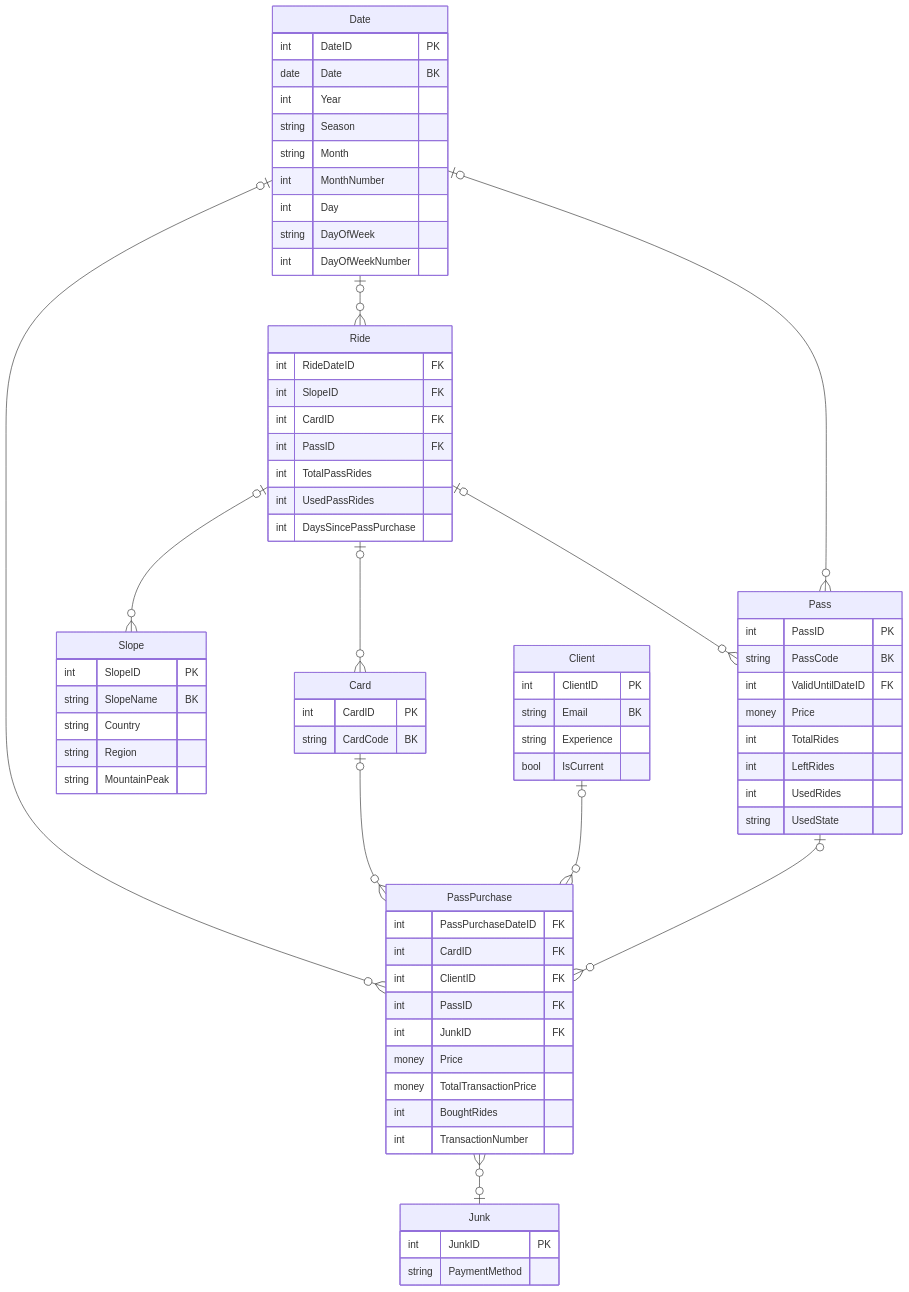
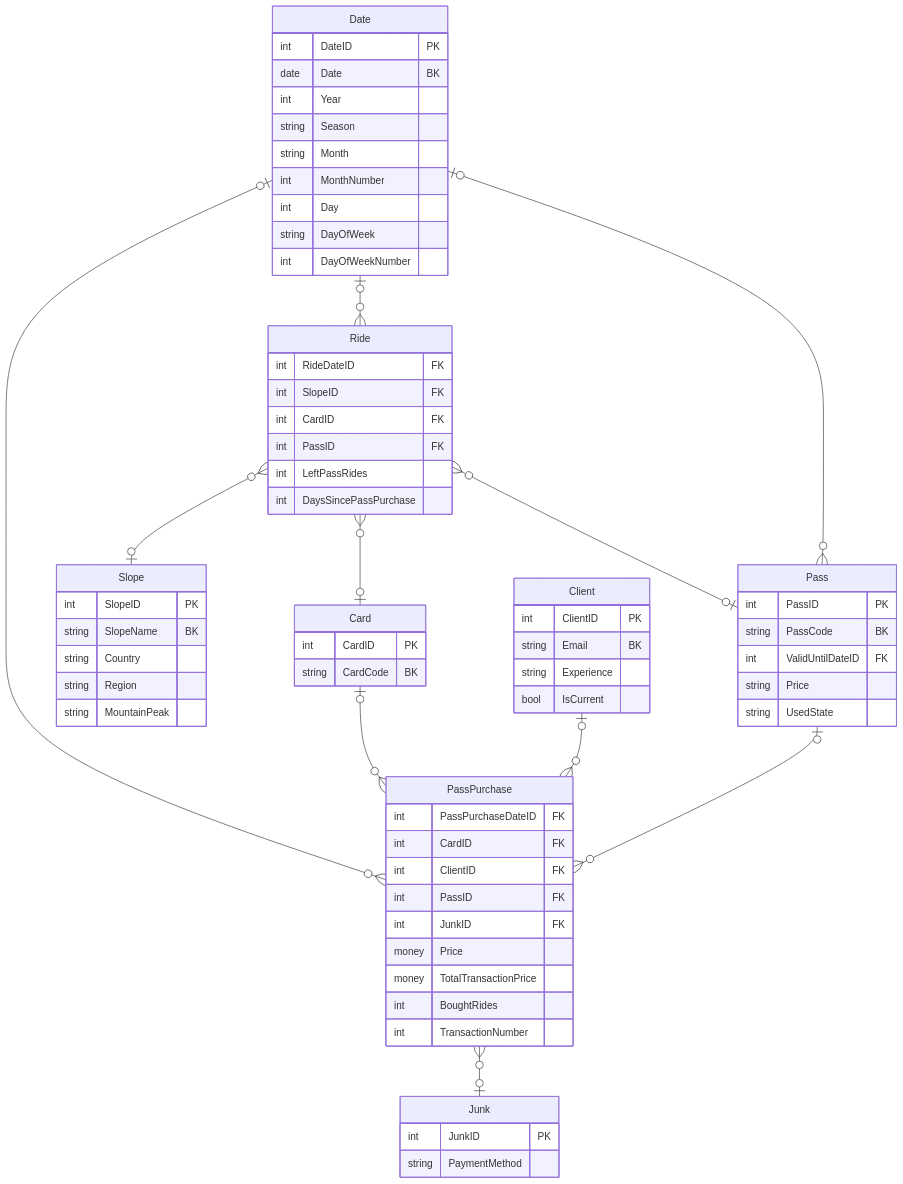
Before and after one commit to Nasus20202/hurtownie-danych: the diagram in docs/data-warehouse-design/schema.mmd, drawn with Mermaid. The commit also changed 4 other files, not shown here.

```diff
--- a/docs/data-warehouse-design/schema.mmd
+++ b/docs/data-warehouse-design/schema.mmd
@@ -1,81 +1,77 @@
 erDiagram
     Date |o--o{ Ride : ""
-    Ride |o--o{ Pass : ""
-    Ride |o--o{ Slope : ""
-    Ride |o--o{ Card : ""
+    Ride }o--o| Pass : ""
+    Ride }o--o| Slope : ""
+    Ride }o--o| Card : ""
     Date |o--o{ PassPurchase : ""
     Card |o--o{ PassPurchase : ""
     Client |o--o{ PassPurchase : ""
     Date |o--o{ Pass : ""
     Pass |o--o{ PassPurchase : ""
     PassPurchase }o--o| Junk : ""
 
 Client {
     int ClientID "PK"
     string Email "BK"
     string Experience
     bool IsCurrent
 }
 
 Card {
     int CardID "PK"
     string CardCode "BK"
 }
 
 Date {
     int DateID "PK"
     date Date "BK"
     int Year
     string Season
     string Month
     int MonthNumber
     int Day
     string DayOfWeek
     int DayOfWeekNumber
 }
 
 Junk {
     int JunkID "PK"
     string PaymentMethod
 }
 
 Pass {
     int PassID "PK"
     string PassCode "BK"
     int ValidUntilDateID "FK"
-    money Price
-    int TotalRides
-    int LeftRides
-    int UsedRides
+    string Price
     string UsedState
 }
 
 PassPurchase {
     int PassPurchaseDateID "FK"
     int CardID "FK"
     int ClientID "FK"
     int PassID "FK"
     int JunkID "FK"
     money Price
     money TotalTransactionPrice
     int BoughtRides
     int TransactionNumber
 }
 
 Ride {
     int RideDateID "FK"
     int SlopeID "FK"
     int CardID "FK"
     int PassID "FK"
-    int TotalPassRides
-    int UsedPassRides
+    int LeftPassRides
     int DaysSincePassPurchase
 }
 
 Slope {
     int SlopeID "PK"
     string SlopeName "BK"
     string Country
     string Region
     string MountainPeak
 }
```
